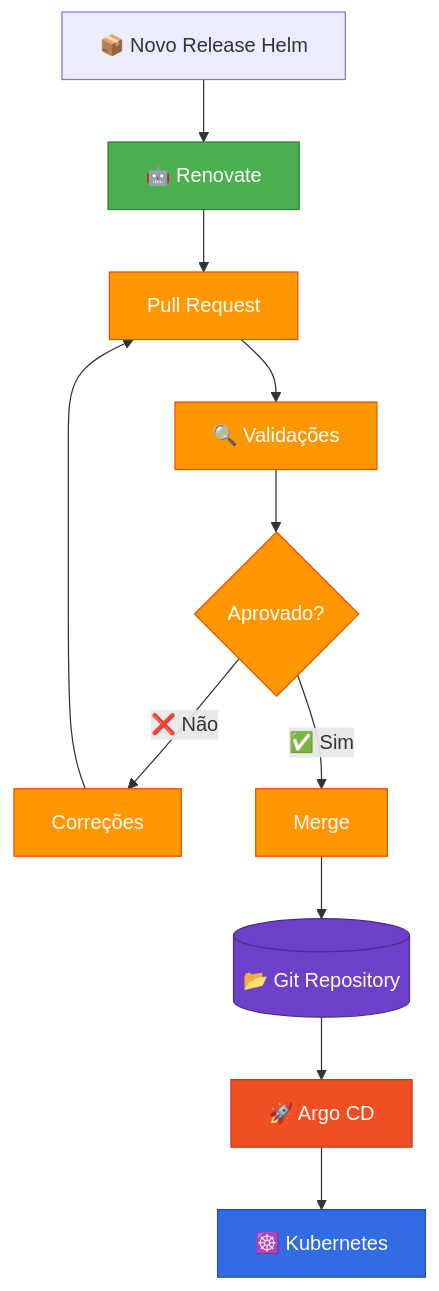
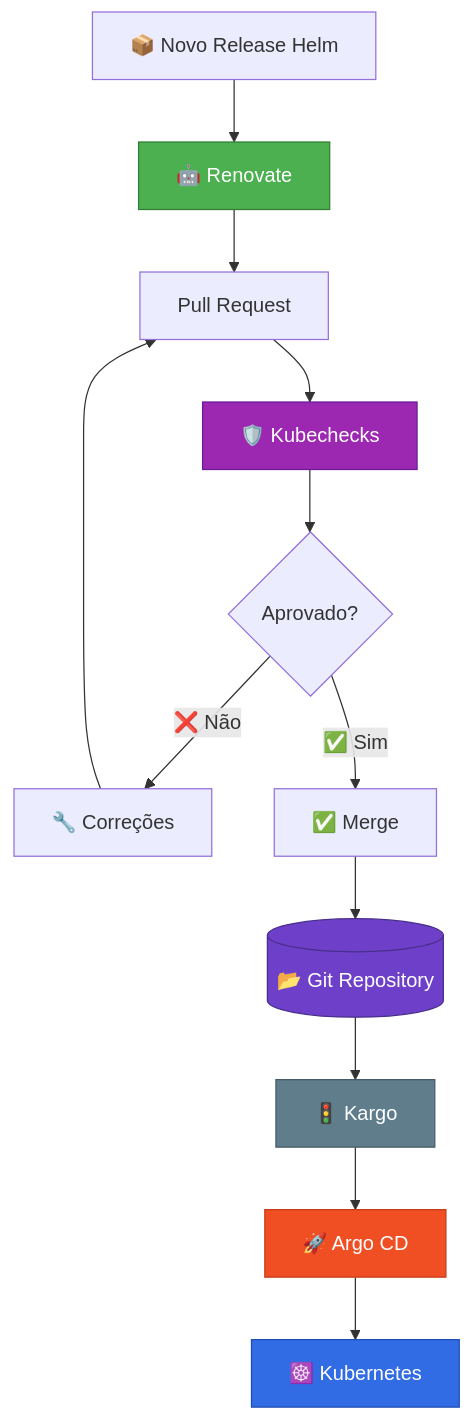
The second of 2 diagrams in kubernetes/addons/README.md (estudosdevops/homelab), drawn with Mermaid before and after one commit.

````diff
--- a/kubernetes/addons/README.md
+++ b/kubernetes/addons/README.md
@@ -114,34 +114,38 @@
 ```mermaid
 flowchart TD
     Helm["📦 Novo Release Helm"] --> Renovate["🤖 Renovate"]
 
     Renovate --> PR["Pull Request"]
 
-    PR --> Validate["🔍 Validações"]
+    PR --> Kubechecks["🛡️ Kubechecks"]
 
-    Validate --> Decision{"Aprovado?"}
+    Kubechecks --> Decision{"Aprovado?"}
 
-    Decision -->|"❌ Não"| Fix["Correções"]
+    Decision -->|"❌ Não"| Fix["🔧 Correções"]
 
     Fix --> PR
 
-    Decision -->|"✅ Sim"| Merge["Merge"]
+    Decision -->|"✅ Sim"| Merge["✅ Merge"]
 
     Merge --> Git[("📂 Git Repository")]
 
-    Git --> Argo["🚀 Argo CD"]
+    Git --> Kargo["🚦 Kargo"]
+
+    Kargo --> Argo["🚀 Argo CD"]
 
     Argo --> Cluster["☸️ Kubernetes"]
 
     classDef renovate fill:#4CAF50,stroke:#2E7D32,color:#fff
-    classDef pr fill:#FF9800,stroke:#E65100,color:#fff
+    classDef security fill:#9C27B0,stroke:#6A1B9A,color:#fff
+    classDef promotion fill:#607D8B,stroke:#455A64,color:#fff
     classDef argo fill:#f04e23,stroke:#c63c16,color:#fff
     classDef k8s fill:#326ce5,stroke:#1e4db3,color:#fff
     classDef git fill:#6e40c9,stroke:#4a2d8c,color:#fff
 
     class Renovate renovate
-    class PR,Validate,Decision,Fix,Merge pr
+    class Kubechecks security
+    class Kargo promotion
     class Argo argo
     class Cluster k8s
     class Git git
 ```
````
